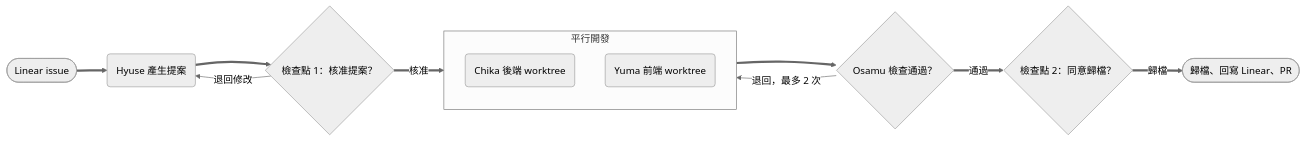
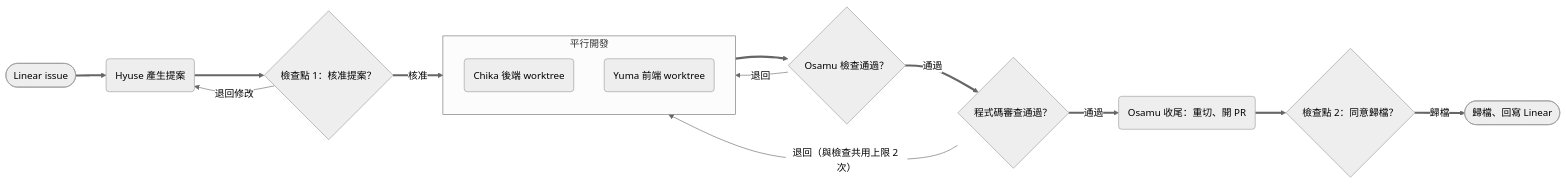
The diagram in agent-team/docs/multi-agent-workflow.md (StevenShih-0402/littleduck-skills), drawn with Mermaid (neutral theme) before and after one commit. The commit also changed other lines of this file and 3 other files, not shown here.

````diff
--- a/agent-team/docs/multi-agent-workflow.md
+++ b/agent-team/docs/multi-agent-workflow.md
@@ -22,24 +24,29 @@
 ```mermaid
 flowchart LR
     %% 宣告區
     Issue(["Linear issue"])
     Architect("Hyuse 產生提案")
     Gate1{"檢查點 1：核准提案？"}
     subgraph Develop["平行開發"]
         Backend("Chika 後端 worktree")
         Frontend("Yuma 前端 worktree")
     end
     Integrator{"Osamu 檢查通過？"}
+    Review{"程式碼審查通過？"}
+    Finish("Osamu 收尾：重切、開 PR")
     Gate2{"檢查點 2：同意歸檔？"}
-    Done(["歸檔、回寫 Linear、PR"])
+    Done(["歸檔、回寫 Linear"])
 
     %% 連線區
     Issue ==> Architect
     Architect ==> Gate1
     Gate1 -- "退回修改" --> Architect
     Gate1 == "核准" ==> Develop
     Develop ==> Integrator
-    Integrator -- "退回，最多 2 次" --> Develop
-    Integrator == "通過" ==> Gate2
+    Integrator -- "退回" --> Develop
+    Integrator == "通過" ==> Review
+    Review -- "退回（與檢查共用上限 2 次）" --> Develop
+    Review == "通過" ==> Finish
+    Finish ==> Gate2
     Gate2 == "歸檔" ==> Done
 ```
````
